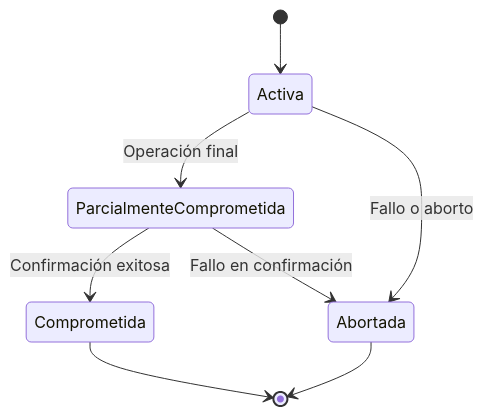
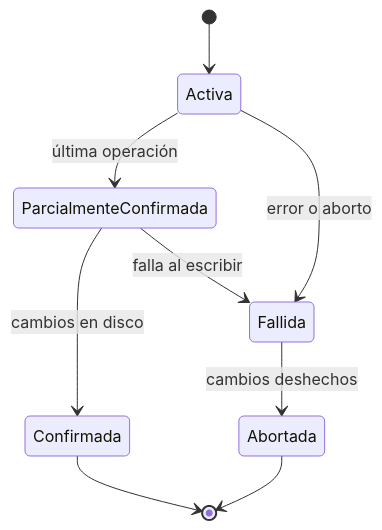
Before and after one commit to djaimej/computer-science-template: the diagram in public/documents/semester-5/3/5391.md, drawn with Mermaid. The commit also changed other lines of this file and 3 other files, not shown here.

````diff
--- a/public/documents/semester-5/3/5391.md
+++ b/public/documents/semester-5/3/5391.md
@@ -103,10 +18,11 @@
 ```mermaid
 stateDiagram-v2
     [*] --> Activa
-    Activa --> ParcialmenteComprometida: Operación final
-    Activa --> Abortada: Fallo o aborto
-    ParcialmenteComprometida --> Comprometida: Confirmación exitosa
-    ParcialmenteComprometida --> Abortada: Fallo en confirmación
-    Comprometida --> [*]
+    Activa --> ParcialmenteConfirmada : última operación
+    Activa --> Fallida : error o aborto
+    ParcialmenteConfirmada --> Confirmada : cambios en disco
+    ParcialmenteConfirmada --> Fallida : falla al escribir
+    Fallida --> Abortada : cambios deshechos
+    Confirmada --> [*]
     Abortada --> [*]
 ```
````
